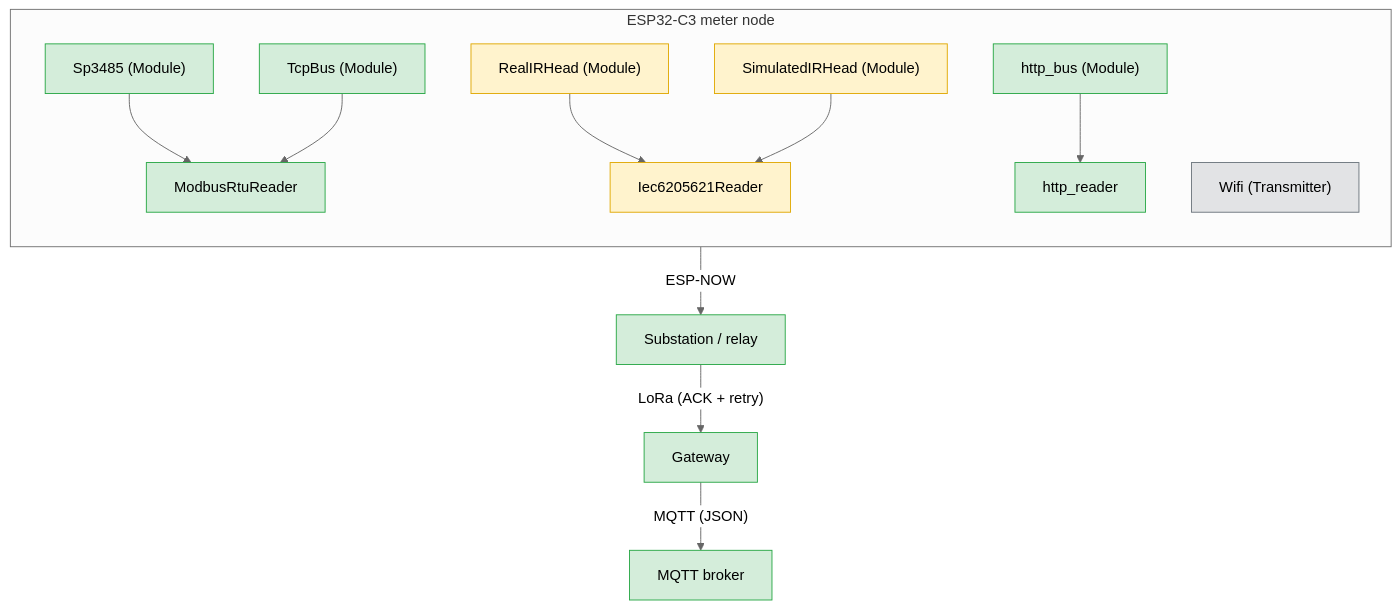
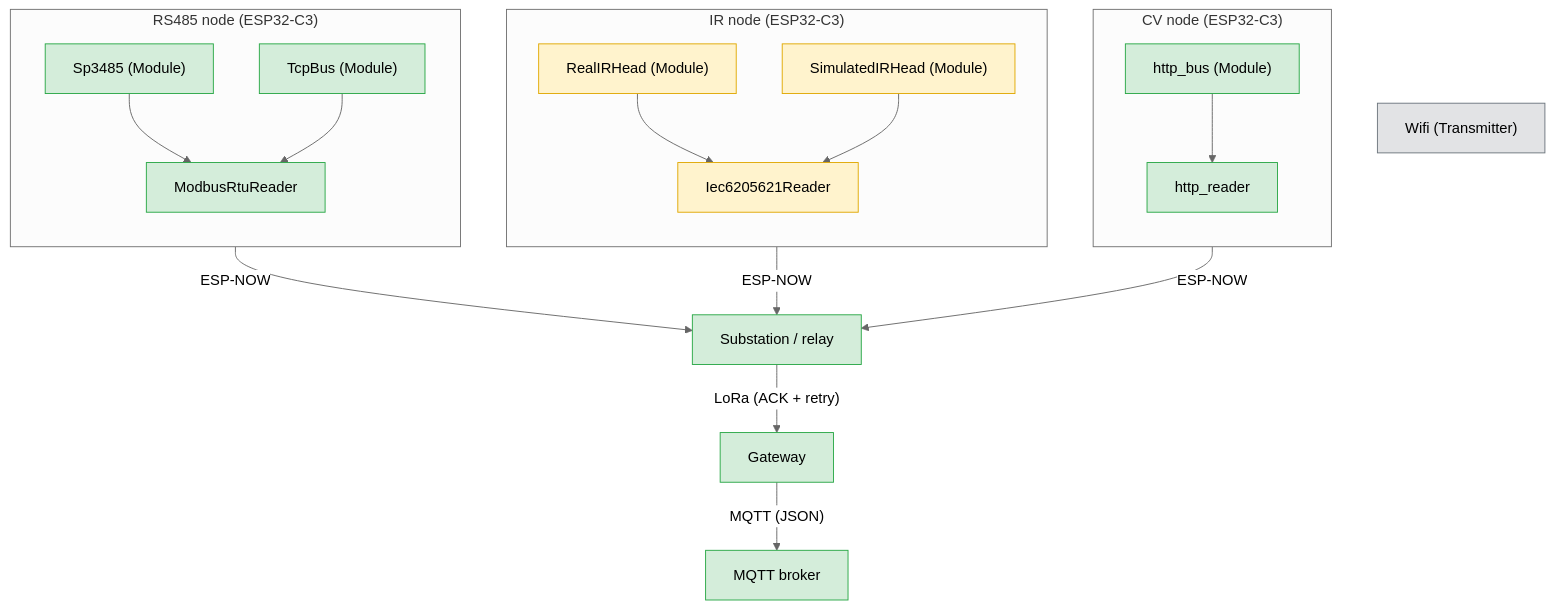
Before and after one commit to foucault-dynamics/IoT-Firmware: the diagram in README.md, drawn with Mermaid (neutral theme).

Commit message:
Changed system overview

````diff
--- a/README.md
+++ b/README.md
@@ -23,24 +23,35 @@
 ```mermaid
 flowchart TD
-    subgraph node["ESP32-C3 meter node"]
+    subgraph rs485["RS485 node (ESP32-C3)"]
         direction TB
         A["Sp3485 (Module)"] --> R1["ModbusRtuReader"]
         B["TcpBus (Module)"] --> R1
+    end
+
+    subgraph ir["IR node (ESP32-C3)"]
+        direction TB
         C["RealIRHead (Module)"] --> R2["Iec6205621Reader"]
         D["SimulatedIRHead (Module)"] --> R2
-        E["http_bus (Module)"] --> R3["http_reader"]
-        W["Wifi (Transmitter)"]
     end
 
-    node -->|"ESP-NOW"| S["Substation / relay"]
+    subgraph cv["CV node (ESP32-C3)"]
+        direction TB
+        E["http_bus (Module)"] --> R3["http_reader"]
+    end
+
+    W["Wifi (Transmitter)"]
+
+    rs485 -->|"ESP-NOW"| S["Substation / relay"]
+    ir -->|"ESP-NOW"| S
+    cv -->|"ESP-NOW"| S
     S -->|"LoRa (ACK + retry)"| G["Gateway"]
     G -->|"MQTT (JSON)"| M["MQTT broker"]
 
     classDef working fill:#d4edda,stroke:#28a745,color:#000
     classDef untested fill:#fff3cd,stroke:#e0a800,color:#000
     classDef pending fill:#e2e3e5,stroke:#6c757d,color:#000
 
     class A,B,R1,E,R3,S,G,M working
     class C,D,R2 untested
     class W pending
 ```
````
